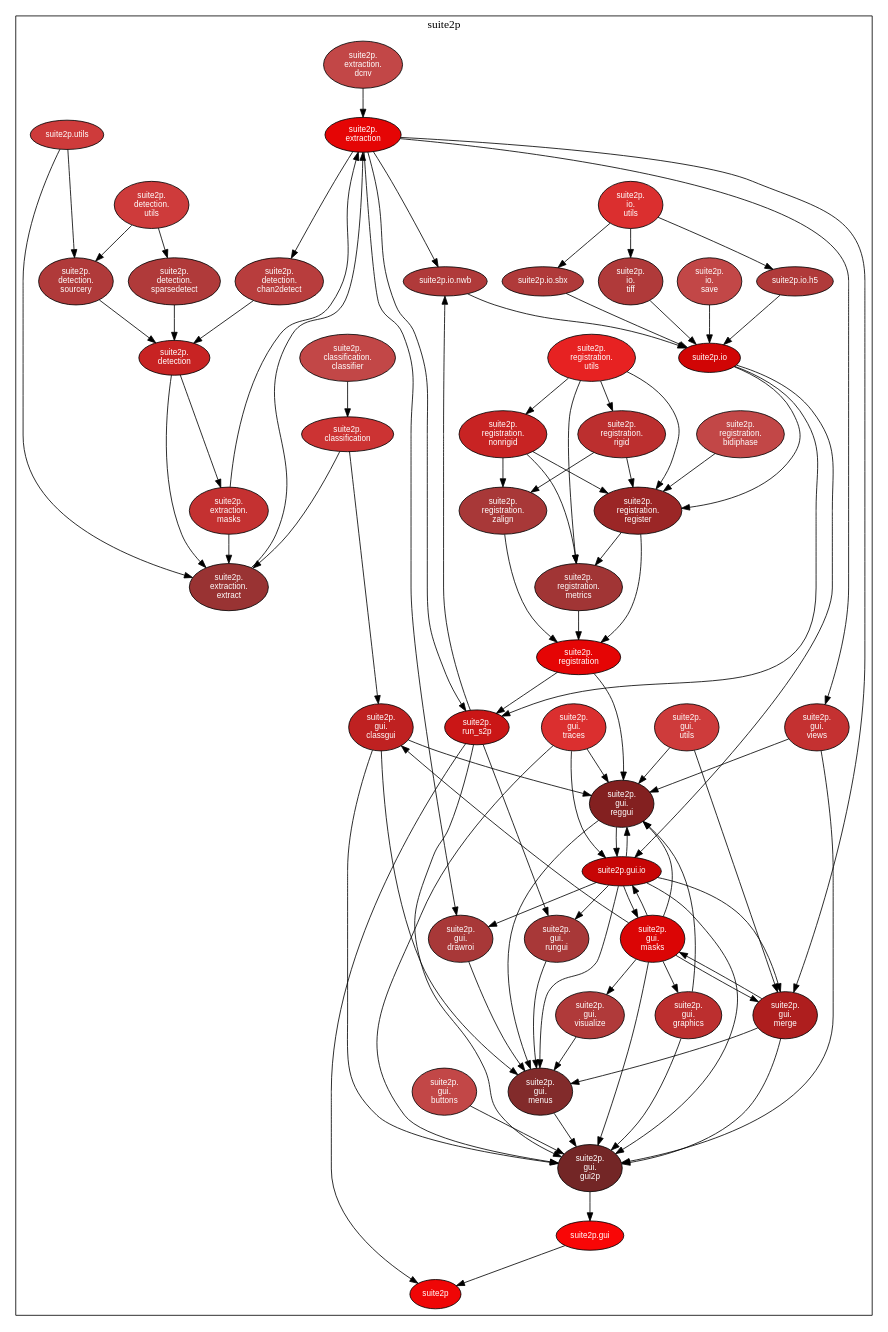
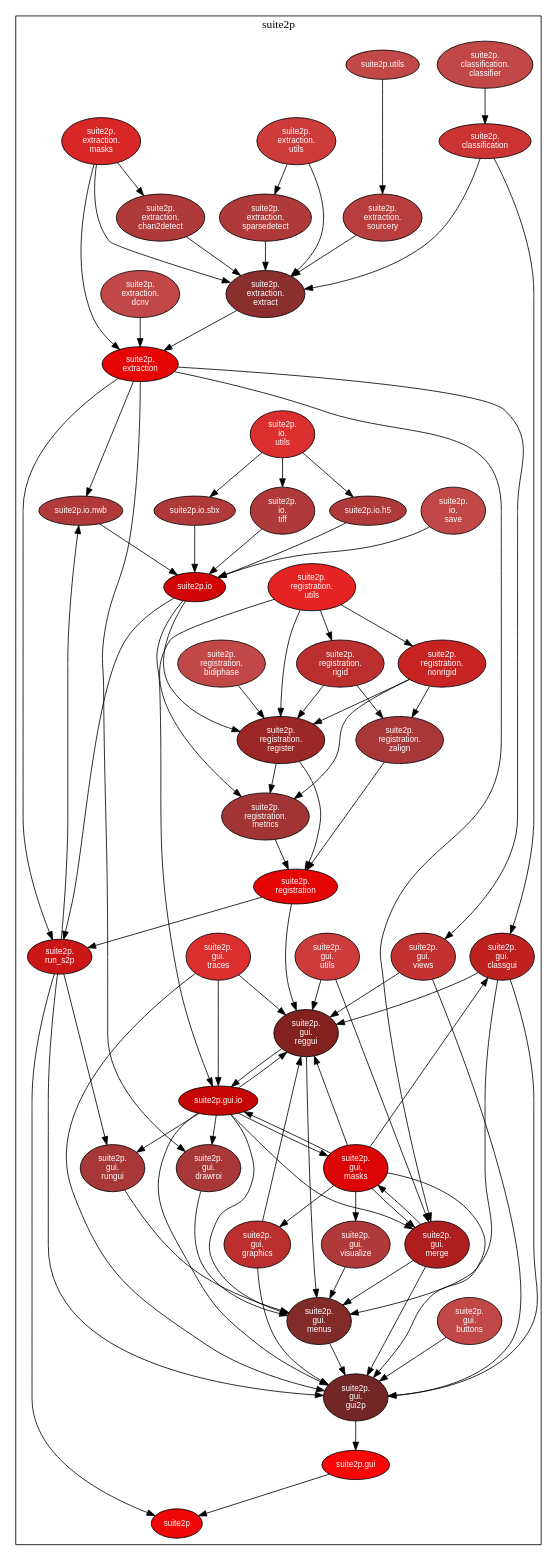
One commit to MouseLand/suite2p changed the diagram in scripts/suite2p.dot. Above: the diagram before and after it, drawn with Graphviz. The commit also changed 8 other files, not shown here.

Commit message:
merged detection and extraction submodules, removed utils.py

```diff
--- a/scripts/suite2p.dot
+++ b/scripts/suite2p.dot
@@ -1,147 +1,143 @@
 
 digraph G {
 
     compound = true;
     rankdir = TB;
     node [style=filled,fillcolor="#ffffff",fontcolor="#000000",fontname=Helvetica,fontsize=10];
 
 subgraph cluster_suite2p {
     label = suite2p;
     suite2p [fillcolor="#ef0606",fontcolor="#ffffff"];
     suite2p_classification [fillcolor="#cc3333",fontcolor="#ffffff",label="suite2p\.\nclassification"];
     suite2p_classification_classifier [fillcolor="#c24747",fontcolor="#ffffff",label="suite2p\.\nclassification\.\nclassifier"];
-    suite2p_detection [fillcolor="#c82323",fontcolor="#ffffff",label="suite2p\.\ndetection"];
-    suite2p_detection_chan2detect [fillcolor="#b83d3d",fontcolor="#ffffff",label="suite2p\.\ndetection\.\nchan2detect"];
-    suite2p_detection_sourcery [fillcolor="#b03a3a",fontcolor="#ffffff",label="suite2p\.\ndetection\.\nsourcery"];
-    suite2p_detection_sparsedetect [fillcolor="#b03a3a",fontcolor="#ffffff",label="suite2p\.\ndetection\.\nsparsedetect"];
-    suite2p_detection_utils [fillcolor="#ce3b3b",fontcolor="#ffffff",label="suite2p\.\ndetection\.\nutils"];
     suite2p_extraction [fillcolor="#e50505",fontcolor="#ffffff",label="suite2p\.\nextraction"];
+    suite2p_extraction_chan2detect [fillcolor="#b03a3a",fontcolor="#ffffff",label="suite2p\.\nextraction\.\nchan2detect"];
     suite2p_extraction_dcnv [fillcolor="#c24747",fontcolor="#ffffff",label="suite2p\.\nextraction\.\ndcnv"];
-    suite2p_extraction_extract [fillcolor="#993333",fontcolor="#ffffff",label="suite2p\.\nextraction\.\nextract"];
-    suite2p_extraction_masks [fillcolor="#c43131",fontcolor="#ffffff",label="suite2p\.\nextraction\.\nmasks"];
+    suite2p_extraction_extract [fillcolor="#8a2e2e",fontcolor="#ffffff",label="suite2p\.\nextraction\.\nextract"];
+    suite2p_extraction_masks [fillcolor="#d92626",fontcolor="#ffffff",label="suite2p\.\nextraction\.\nmasks"];
+    suite2p_extraction_sourcery [fillcolor="#b83d3d",fontcolor="#ffffff",label="suite2p\.\nextraction\.\nsourcery"];
+    suite2p_extraction_sparsedetect [fillcolor="#b03a3a",fontcolor="#ffffff",label="suite2p\.\nextraction\.\nsparsedetect"];
+    suite2p_extraction_utils [fillcolor="#ce3b3b",fontcolor="#ffffff",label="suite2p\.\nextraction\.\nutils"];
     suite2p_gui [fillcolor="#f90606",fontcolor="#ffffff",label="suite2p.gui"];
     suite2p_gui_buttons [fillcolor="#c24747",fontcolor="#ffffff",label="suite2p\.\ngui\.\nbuttons"];
     suite2p_gui_classgui [fillcolor="#bf2121",fontcolor="#ffffff",label="suite2p\.\ngui\.\nclassgui"];
     suite2p_gui_drawroi [fillcolor="#a83838",fontcolor="#ffffff",label="suite2p\.\ngui\.\ndrawroi"];
     suite2p_gui_graphics [fillcolor="#bc2f2f",fontcolor="#ffffff",label="suite2p\.\ngui\.\ngraphics"];
     suite2p_gui_gui2p [fillcolor="#732626",fontcolor="#ffffff",label="suite2p\.\ngui\.\ngui2p"];
     suite2p_gui_io [fillcolor="#c70505",fontcolor="#ffffff",label="suite2p.gui.io"];
     suite2p_gui_masks [fillcolor="#db0505",fontcolor="#ffffff",label="suite2p\.\ngui\.\nmasks"];
     suite2p_gui_menus [fillcolor="#822b2b",fontcolor="#ffffff",label="suite2p\.\ngui\.\nmenus"];
     suite2p_gui_merge [fillcolor="#ae1e1e",fontcolor="#ffffff",label="suite2p\.\ngui\.\nmerge"];
     suite2p_gui_reggui [fillcolor="#832020",fontcolor="#ffffff",label="suite2p\.\ngui\.\nreggui"];
     suite2p_gui_rungui [fillcolor="#a83838",fontcolor="#ffffff",label="suite2p\.\ngui\.\nrungui"];
     suite2p_gui_traces [fillcolor="#db2f2f",fontcolor="#ffffff",label="suite2p\.\ngui\.\ntraces"];
     suite2p_gui_utils [fillcolor="#ce3b3b",fontcolor="#ffffff",label="suite2p\.\ngui\.\nutils"];
     suite2p_gui_views [fillcolor="#c43131",fontcolor="#ffffff",label="suite2p\.\ngui\.\nviews"];
     suite2p_gui_visualize [fillcolor="#b03a3a",fontcolor="#ffffff",label="suite2p\.\ngui\.\nvisualize"];
     suite2p_io [fillcolor="#d10505",fontcolor="#ffffff",label="suite2p.io"];
     suite2p_io_h5 [fillcolor="#b03a3a",fontcolor="#ffffff",label="suite2p.io.h5"];
     suite2p_io_nwb [fillcolor="#b03a3a",fontcolor="#ffffff",label="suite2p.io.nwb"];
     suite2p_io_save [fillcolor="#c24747",fontcolor="#ffffff",label="suite2p\.\nio\.\nsave"];
     suite2p_io_sbx [fillcolor="#b03a3a",fontcolor="#ffffff",label="suite2p.io.sbx"];
     suite2p_io_tiff [fillcolor="#b03a3a",fontcolor="#ffffff",label="suite2p\.\nio\.\ntiff"];
     suite2p_io_utils [fillcolor="#db2f2f",fontcolor="#ffffff",label="suite2p\.\nio\.\nutils"];
     suite2p_registration [fillcolor="#e50505",fontcolor="#ffffff",label="suite2p\.\nregistration"];
     suite2p_registration_bidiphase [fillcolor="#c24747",fontcolor="#ffffff",label="suite2p\.\nregistration\.\nbidiphase"];
     suite2p_registration_metrics [fillcolor="#a13535",fontcolor="#ffffff",label="suite2p\.\nregistration\.\nmetrics"];
     suite2p_registration_nonrigid [fillcolor="#c82323",fontcolor="#ffffff",label="suite2p\.\nregistration\.\nnonrigid"];
     suite2p_registration_register [fillcolor="#9b2626",fontcolor="#ffffff",label="suite2p\.\nregistration\.\nregister"];
     suite2p_registration_rigid [fillcolor="#bc2f2f",fontcolor="#ffffff",label="suite2p\.\nregistration\.\nrigid"];
     suite2p_registration_utils [fillcolor="#e72222",fontcolor="#ffffff",label="suite2p\.\nregistration\.\nutils"];
     suite2p_registration_zalign [fillcolor="#a83838",fontcolor="#ffffff",label="suite2p\.\nregistration\.\nzalign"];
     suite2p_run_s2p [fillcolor="#ca1616",fontcolor="#ffffff",label="suite2p\.\nrun_s2p"];
-    suite2p_utils [fillcolor="#ce3b3b",fontcolor="#ffffff",label="suite2p.utils"];
+    suite2p_utils [fillcolor="#c24747",fontcolor="#ffffff",label="suite2p.utils"];
 }
     suite2p_classification -> suite2p_extraction_extract [fillcolor="#000000",minlen="2"];
     suite2p_classification -> suite2p_gui_classgui [fillcolor="#000000",minlen="2"];
     suite2p_classification_classifier -> suite2p_classification [fillcolor="#000000",weight="2"];
-    suite2p_detection -> suite2p_extraction_extract [fillcolor="#000000",minlen="2"];
-    suite2p_detection -> suite2p_extraction_masks [fillcolor="#000000",minlen="2"];
-    suite2p_detection_chan2detect -> suite2p_detection [fillcolor="#000000",weight="2"];
-    suite2p_detection_sourcery -> suite2p_detection [fillcolor="#000000",weight="2"];
-    suite2p_detection_sparsedetect -> suite2p_detection [fillcolor="#000000",weight="2"];
-    suite2p_detection_utils -> suite2p_detection_sourcery [fillcolor="#000000",weight="2"];
-    suite2p_detection_utils -> suite2p_detection_sparsedetect [fillcolor="#000000",weight="2"];
-    suite2p_extraction -> suite2p_detection_chan2detect [fillcolor="#000000",minlen="2"];
     suite2p_extraction -> suite2p_gui_drawroi [fillcolor="#000000",minlen="2"];
     suite2p_extraction -> suite2p_gui_merge [fillcolor="#000000",minlen="2"];
     suite2p_extraction -> suite2p_gui_views [fillcolor="#000000",minlen="2"];
     suite2p_extraction -> suite2p_io_nwb [fillcolor="#000000",minlen="2"];
     suite2p_extraction -> suite2p_run_s2p [fillcolor="#000000"];
+    suite2p_extraction_chan2detect -> suite2p_extraction_extract [fillcolor="#000000",weight="2"];
     suite2p_extraction_dcnv -> suite2p_extraction [fillcolor="#000000",weight="2"];
     suite2p_extraction_extract -> suite2p_extraction [fillcolor="#000000",weight="2"];
     suite2p_extraction_masks -> suite2p_extraction [fillcolor="#000000",weight="2"];
+    suite2p_extraction_masks -> suite2p_extraction_chan2detect [fillcolor="#000000",weight="2"];
     suite2p_extraction_masks -> suite2p_extraction_extract [fillcolor="#000000",weight="2"];
+    suite2p_extraction_sourcery -> suite2p_extraction_extract [fillcolor="#000000",weight="2"];
+    suite2p_extraction_sparsedetect -> suite2p_extraction_extract [fillcolor="#000000",weight="2"];
+    suite2p_extraction_utils -> suite2p_extraction_extract [fillcolor="#000000",weight="2"];
+    suite2p_extraction_utils -> suite2p_extraction_sparsedetect [fillcolor="#000000",weight="2"];
     suite2p_gui -> suite2p [fillcolor="#000000"];
     suite2p_gui_buttons -> suite2p_gui_gui2p [fillcolor="#000000",weight="2"];
     suite2p_gui_classgui -> suite2p_gui_gui2p [fillcolor="#000000",weight="2"];
     suite2p_gui_classgui -> suite2p_gui_menus [fillcolor="#000000",weight="2"];
     suite2p_gui_classgui -> suite2p_gui_reggui [fillcolor="#000000",weight="2"];
     suite2p_gui_drawroi -> suite2p_gui_menus [fillcolor="#000000",weight="2"];
     suite2p_gui_graphics -> suite2p_gui_gui2p [fillcolor="#000000",weight="2"];
     suite2p_gui_graphics -> suite2p_gui_reggui [fillcolor="#000000",weight="2"];
     suite2p_gui_gui2p -> suite2p_gui [fillcolor="#000000",weight="2"];
     suite2p_gui_io -> suite2p_gui_drawroi [fillcolor="#000000",weight="2"];
     suite2p_gui_io -> suite2p_gui_gui2p [fillcolor="#000000",weight="2"];
     suite2p_gui_io -> suite2p_gui_masks [fillcolor="#000000",weight="2"];
     suite2p_gui_io -> suite2p_gui_menus [fillcolor="#000000",weight="2"];
     suite2p_gui_io -> suite2p_gui_merge [fillcolor="#000000",weight="2"];
     suite2p_gui_io -> suite2p_gui_reggui [fillcolor="#000000",weight="2"];
     suite2p_gui_io -> suite2p_gui_rungui [fillcolor="#000000",weight="2"];
     suite2p_gui_masks -> suite2p_gui_classgui [fillcolor="#000000",weight="2"];
     suite2p_gui_masks -> suite2p_gui_graphics [fillcolor="#000000",weight="2"];
     suite2p_gui_masks -> suite2p_gui_gui2p [fillcolor="#000000",weight="2"];
     suite2p_gui_masks -> suite2p_gui_io [fillcolor="#000000",weight="2"];
     suite2p_gui_masks -> suite2p_gui_merge [fillcolor="#000000",weight="2"];
     suite2p_gui_masks -> suite2p_gui_reggui [fillcolor="#000000",weight="2"];
     suite2p_gui_masks -> suite2p_gui_visualize [fillcolor="#000000",weight="2"];
     suite2p_gui_menus -> suite2p_gui_gui2p [fillcolor="#000000",weight="2"];
     suite2p_gui_merge -> suite2p_gui_gui2p [fillcolor="#000000",weight="2"];
     suite2p_gui_merge -> suite2p_gui_masks [fillcolor="#000000",weight="2"];
     suite2p_gui_merge -> suite2p_gui_menus [fillcolor="#000000",weight="2"];
     suite2p_gui_reggui -> suite2p_gui_io [fillcolor="#000000",weight="2"];
     suite2p_gui_reggui -> suite2p_gui_menus [fillcolor="#000000",weight="2"];
     suite2p_gui_rungui -> suite2p_gui_menus [fillcolor="#000000",weight="2"];
     suite2p_gui_traces -> suite2p_gui_gui2p [fillcolor="#000000",weight="2"];
     suite2p_gui_traces -> suite2p_gui_io [fillcolor="#000000",weight="2"];
     suite2p_gui_traces -> suite2p_gui_reggui [fillcolor="#000000",weight="2"];
     suite2p_gui_utils -> suite2p_gui_merge [fillcolor="#000000",weight="2"];
     suite2p_gui_utils -> suite2p_gui_reggui [fillcolor="#000000",weight="2"];
     suite2p_gui_views -> suite2p_gui_gui2p [fillcolor="#000000",weight="2"];
     suite2p_gui_views -> suite2p_gui_reggui [fillcolor="#000000",weight="2"];
     suite2p_gui_visualize -> suite2p_gui_menus [fillcolor="#000000",weight="2"];
     suite2p_io -> suite2p_gui_io [fillcolor="#000000",minlen="2"];
     suite2p_io -> suite2p_registration_register [fillcolor="#000000",minlen="2"];
     suite2p_io -> suite2p_run_s2p [fillcolor="#000000"];
     suite2p_io_h5 -> suite2p_io [fillcolor="#000000",weight="2"];
     suite2p_io_nwb -> suite2p_io [fillcolor="#000000",weight="2"];
     suite2p_io_save -> suite2p_io [fillcolor="#000000",weight="2"];
     suite2p_io_sbx -> suite2p_io [fillcolor="#000000",weight="2"];
     suite2p_io_tiff -> suite2p_io [fillcolor="#000000",weight="2"];
     suite2p_io_utils -> suite2p_io_h5 [fillcolor="#000000",weight="2"];
     suite2p_io_utils -> suite2p_io_sbx [fillcolor="#000000",weight="2"];
     suite2p_io_utils -> suite2p_io_tiff [fillcolor="#000000",weight="2"];
     suite2p_registration -> suite2p_gui_reggui [fillcolor="#000000",minlen="2"];
     suite2p_registration -> suite2p_run_s2p [fillcolor="#000000"];
     suite2p_registration_bidiphase -> suite2p_registration_register [fillcolor="#000000",weight="2"];
     suite2p_registration_metrics -> suite2p_registration [fillcolor="#000000",weight="2"];
     suite2p_registration_nonrigid -> suite2p_registration_metrics [fillcolor="#000000",weight="2"];
     suite2p_registration_nonrigid -> suite2p_registration_register [fillcolor="#000000",weight="2"];
     suite2p_registration_nonrigid -> suite2p_registration_zalign [fillcolor="#000000",weight="2"];
     suite2p_registration_register -> suite2p_registration [fillcolor="#000000",weight="2"];
     suite2p_registration_register -> suite2p_registration_metrics [fillcolor="#000000",weight="2"];
     suite2p_registration_rigid -> suite2p_registration_register [fillcolor="#000000",weight="2"];
     suite2p_registration_rigid -> suite2p_registration_zalign [fillcolor="#000000",weight="2"];
     suite2p_registration_utils -> suite2p_registration_metrics [fillcolor="#000000",weight="2"];
     suite2p_registration_utils -> suite2p_registration_nonrigid [fillcolor="#000000",weight="2"];
     suite2p_registration_utils -> suite2p_registration_register [fillcolor="#000000",weight="2"];
     suite2p_registration_utils -> suite2p_registration_rigid [fillcolor="#000000",weight="2"];
     suite2p_registration_zalign -> suite2p_registration [fillcolor="#000000",weight="2"];
     suite2p_run_s2p -> suite2p [fillcolor="#000000"];
     suite2p_run_s2p -> suite2p_gui_gui2p [fillcolor="#000000",minlen="2"];
     suite2p_run_s2p -> suite2p_gui_rungui [fillcolor="#000000",minlen="2"];
     suite2p_run_s2p -> suite2p_io_nwb [fillcolor="#000000",minlen="2"];
-    suite2p_utils -> suite2p_detection_sourcery [fillcolor="#000000",minlen="2"];
-    suite2p_utils -> suite2p_extraction_extract [fillcolor="#000000",minlen="2"];
+    suite2p_utils -> suite2p_extraction_sourcery [fillcolor="#000000",minlen="2"];
 }
```
